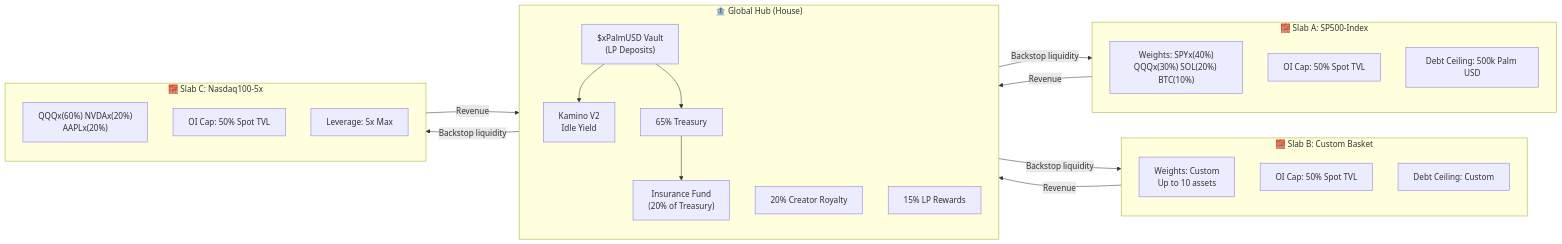
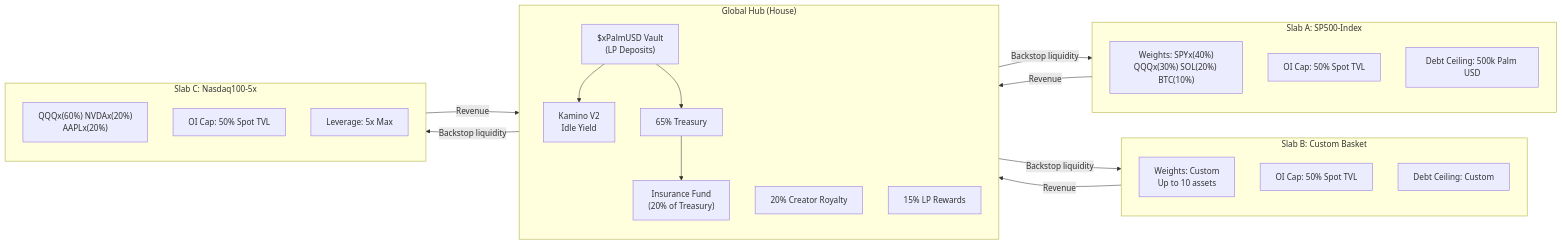
Before and after one commit to thetruesammyjay/Percorium: the second of 7 diagrams in README.md, drawn with Mermaid. The commit also changed other lines of this file and 2 other files, not shown here.

````diff
--- a/README.md
+++ b/README.md
@@ -111,40 +111,40 @@
 ```mermaid
 graph LR
-    subgraph Hub["🏦 Global Hub (House)"]
+    subgraph Hub["Global Hub (House)"]
         direction TB
         Vault["$xPalmUSD Vault\n(LP Deposits)"]
         Kamino2["Kamino V2\nIdle Yield"]
         Treasury["65% Treasury"]
         CreatorFee["20% Creator Royalty"]
         LPFee["15% LP Rewards"]
         InsurancePDA["Insurance Fund\n(20% of Treasury)"]
         Vault --> Kamino2
         Vault --> Treasury
         Treasury --> InsurancePDA
     end
 
-    subgraph SlabA["🧱 Slab A: SP500-Index"]
+    subgraph SlabA["Slab A: SP500-Index"]
         WeightsA["Weights: SPYx(40%)\nQQQx(30%) SOL(20%) BTC(10%)"]
         OI_A["OI Cap: 50% Spot TVL"]
         Debt_A["Debt Ceiling: 500k Palm USD"]
     end
 
-    subgraph SlabB["🧱 Slab B: Custom Basket"]
+    subgraph SlabB["Slab B: Custom Basket"]
         WeightsB["Weights: Custom\nUp to 10 assets"]
         OI_B["OI Cap: 50% Spot TVL"]
         Debt_B["Debt Ceiling: Custom"]
     end
 
-    subgraph SlabC["🧱 Slab C: Nasdaq100-5x"]
+    subgraph SlabC["Slab C: Nasdaq100-5x"]
         WeightsC["QQQx(60%) NVDAx(20%)\nAAPLx(20%)"]
         OI_C["OI Cap: 50% Spot TVL"]
         Debt_C["Leverage: 5x Max"]
     end
 
     Hub -->|"Backstop liquidity"| SlabA
     Hub -->|"Backstop liquidity"| SlabB
     Hub -->|"Backstop liquidity"| SlabC
     SlabA -->|"Revenue"| LPFee
     SlabB -->|"Revenue"| LPFee
     SlabC -->|"Revenue"| LPFee
 ```
````
